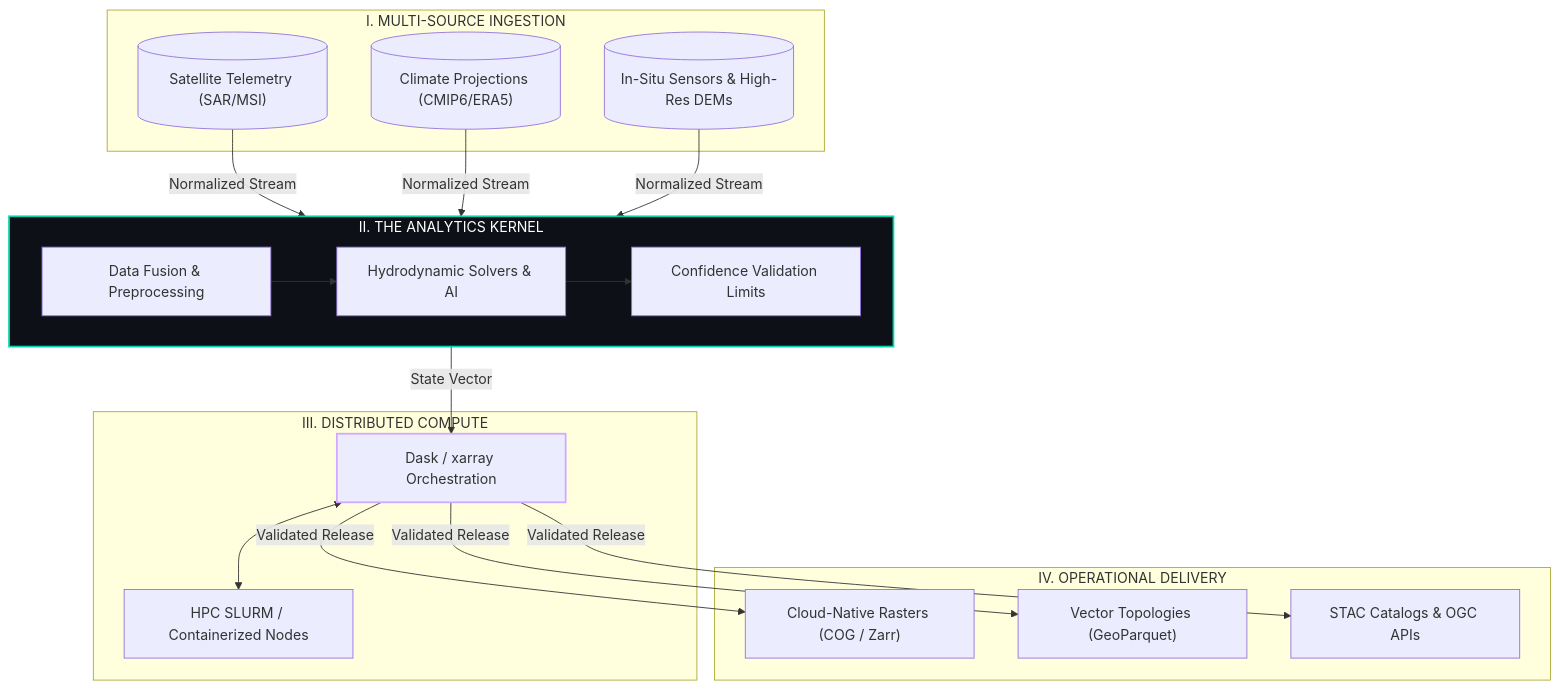
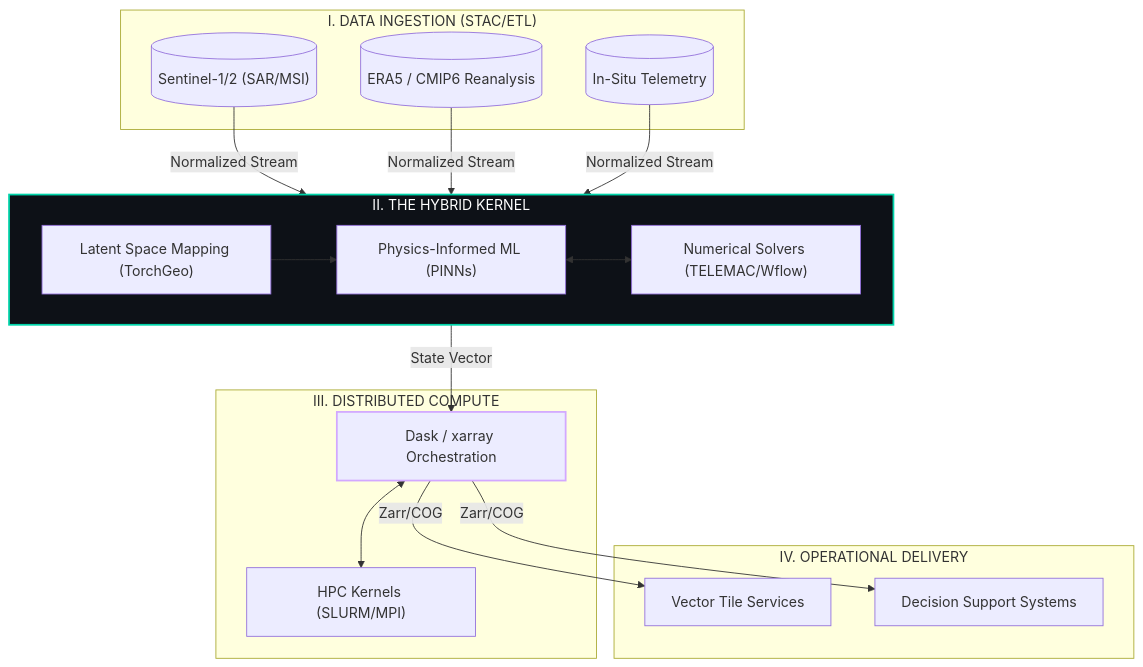
The diagram in README.md (BadibossPy/BadibossPy), drawn with Mermaid before and after one commit. The commit also changed other lines of this file, not shown here.

````diff
--- a/README.md
+++ b/README.md
@@ -23,35 +23,35 @@
 ```mermaid
 flowchart TD
-    subgraph L1 ["I. MULTI-SOURCE INGESTION"]
-        A1[("Satellite Telemetry (SAR/MSI)")]
-        A2[("Climate Projections (CMIP6/ERA5)")]
-        A3[("In-Situ Sensors & High-Res DEMs")]
+    subgraph L1 ["I. DATA INGESTION (STAC/ETL)"]
+        A1[("Sentinel-1/2 (SAR/MSI)")]
+        A2[("ERA5 / CMIP6 Reanalysis")]
+        A3[("In-Situ Telemetry")]
     end
 
-    subgraph L2 ["II. THE ANALYTICS KERNEL"]
+    subgraph L2 ["II. THE HYBRID KERNEL"]
         direction LR
-        B1["Data Fusion & Preprocessing"]
-        B2["Hydrodynamic Solvers & AI"]
-        B3["Confidence Validation Limits"]
-        B1 --> B2 --> B3
+        B1["Latent Space Mapping (TorchGeo)"]
+        B2["Physics-Informed ML (PINNs)"]
+        B3["Numerical Solvers (TELEMAC/Wflow)"]
+        B1 --> B2
+        B2 <--> B3
     end
 
     subgraph L3 ["III. DISTRIBUTED COMPUTE"]
         C1["Dask / xarray Orchestration"]
-        C2["HPC SLURM / Containerized Nodes"]
+        C2["HPC Kernels (SLURM/MPI)"]
     end
 
     subgraph L4 ["IV. OPERATIONAL DELIVERY"]
-        D1["Cloud-Native Rasters (COG / Zarr)"]
-        D2["Vector Topologies (GeoParquet)"]
-        D3["STAC Catalogs & OGC APIs"]
+        D1["Vector Tile Services"]
+        D2["Decision Support Systems"]
     end
 
     A1 & A2 & A3 -->|Normalized Stream| B1
     B3 -->|State Vector| C1
     C1 <--> C2
-    C1 -->|Validated Release| D1 & D2 & D3
+    C1 -->|Zarr/COG| D1 & D2
 
     style L2 fill:#0d1117,stroke:#00d4aa,stroke-width:2px,color:#fff
     style C1 stroke:#d2a8ff,stroke-width:2px
 ```
````
